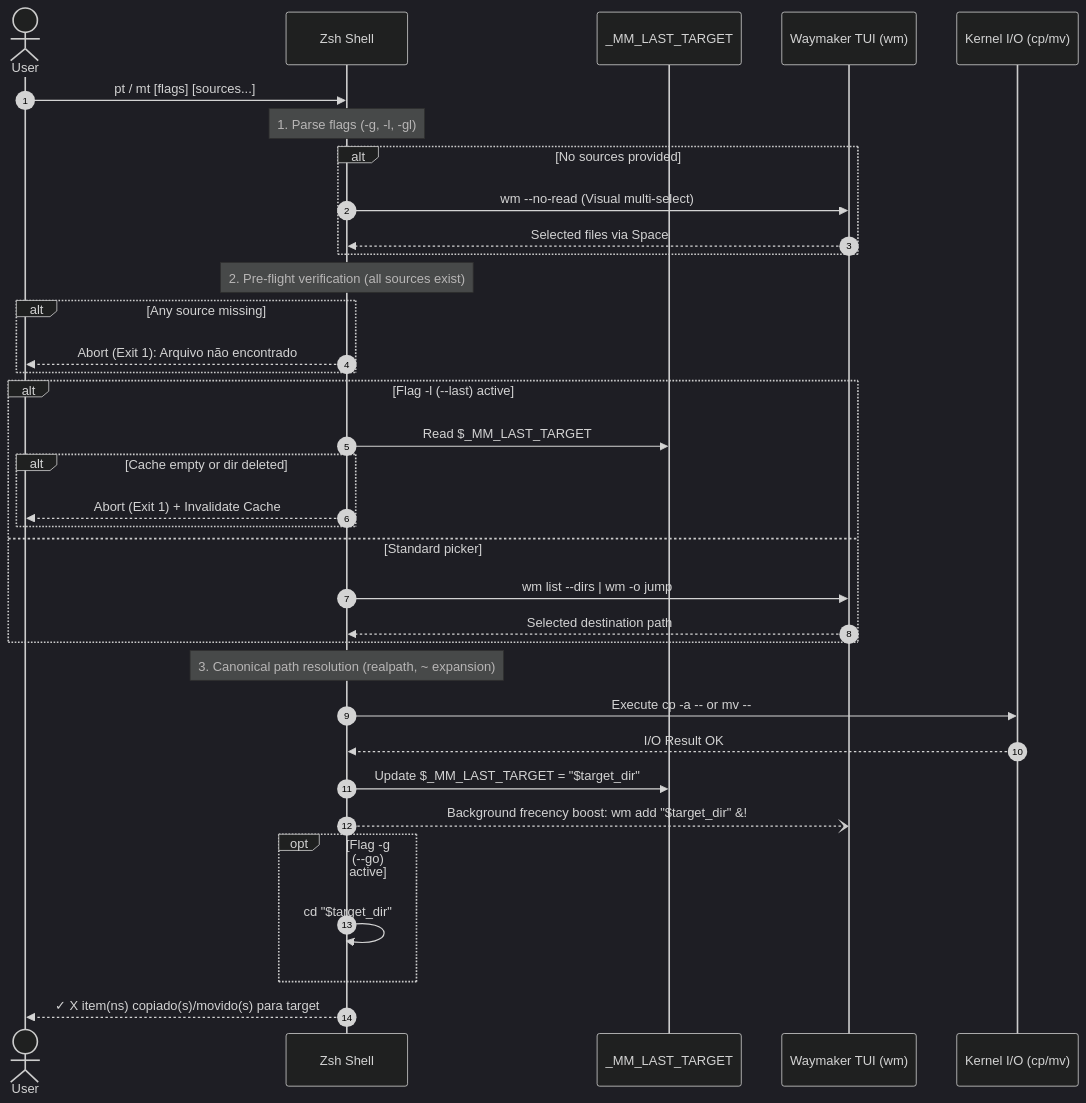
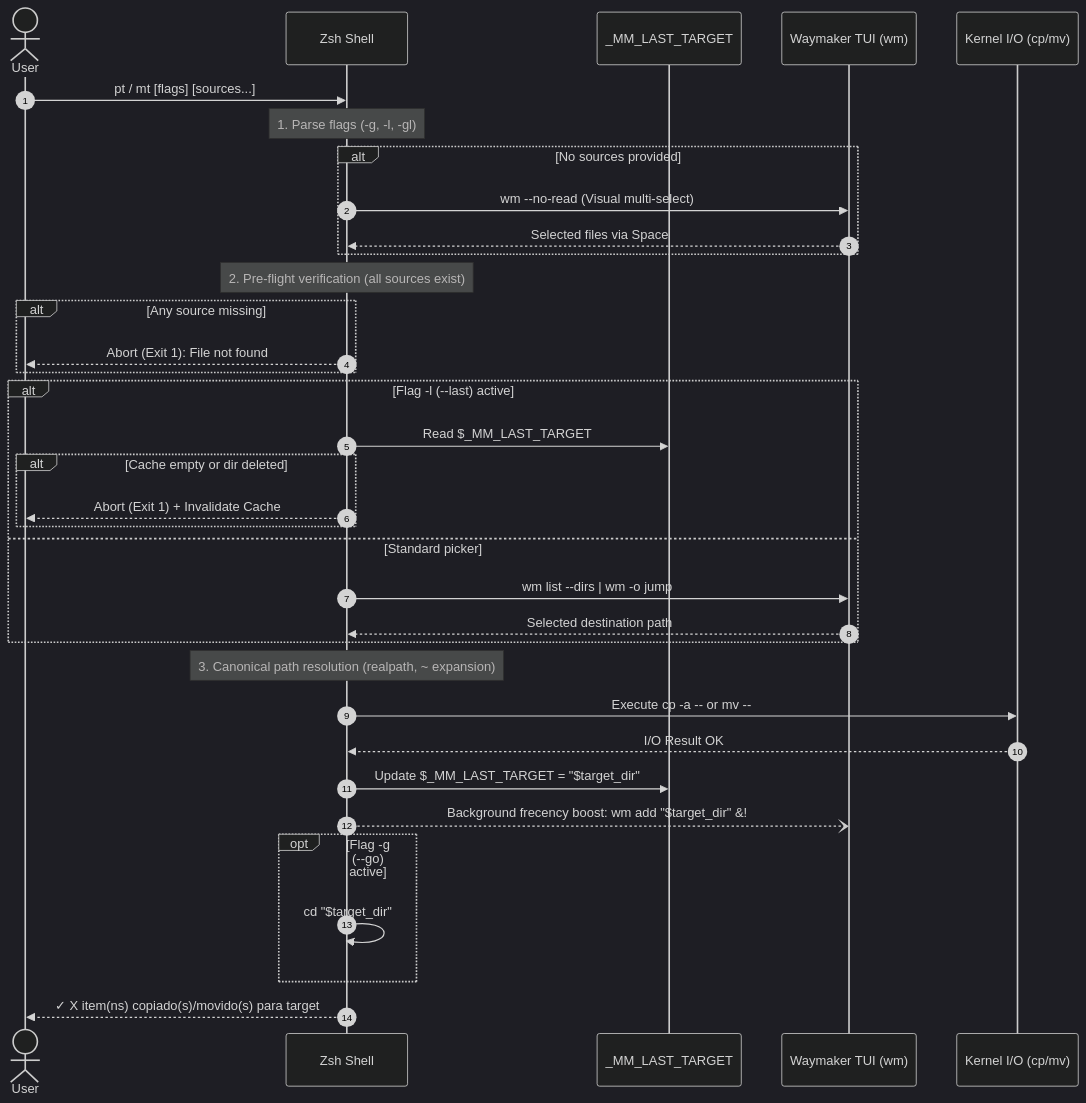
The second of 2 diagrams in docs/architecture/zero-friction-file-transfer-benchmark.md (felipecm-br/.dotfiles), drawn with Mermaid (dark theme) before and after one commit. The commit also changed other lines of this file and 12 other files, not shown here.

First line of the commit message:
refactor(shell): translate user-facing messages to english

````diff
--- a/docs/architecture/zero-friction-file-transfer-benchmark.md
+++ b/docs/architecture/zero-friction-file-transfer-benchmark.md
@@ -161,38 +161,38 @@
 ```mermaid
 sequenceDiagram
     autonumber
     actor User
     participant Shell as Zsh Shell
     participant Cache as _MM_LAST_TARGET
     participant MM as Waymaker TUI (wm)
     participant POSIX as Kernel I/O (cp/mv)
 
     User->>Shell: pt / mt [flags] [sources...]
     Note over Shell: 1. Parse flags (-g, -l, -gl)
     alt No sources provided
         Shell->>MM: wm --no-read (Visual multi-select)
         MM-->>Shell: Selected files via Space
     end
     Note over Shell: 2. Pre-flight verification (all sources exist)
     alt Any source missing
-        Shell-->>User: Abort (Exit 1): Arquivo não encontrado
+        Shell-->>User: Abort (Exit 1): File not found
     end
     alt Flag -l (--last) active
         Shell->>Cache: Read $_MM_LAST_TARGET
         alt Cache empty or dir deleted
             Shell-->>User: Abort (Exit 1) + Invalidate Cache
         end
     else Standard picker
         Shell->>MM: wm list --dirs | wm -o jump
         MM-->>Shell: Selected destination path
     end
     Note over Shell: 3. Canonical path resolution (realpath, ~ expansion)
     Shell->>POSIX: Execute cp -a -- or mv --
     POSIX-->>Shell: I/O Result OK
     Shell->>Cache: Update $_MM_LAST_TARGET = "$target_dir"
     Shell--)MM: Background frecency boost: wm add "$target_dir" &!
     opt Flag -g (--go) active
         Shell->>Shell: cd "$target_dir"
     end
     Shell-->>User: ✓ X item(ns) copiado(s)/movido(s) para target
 ```
````
